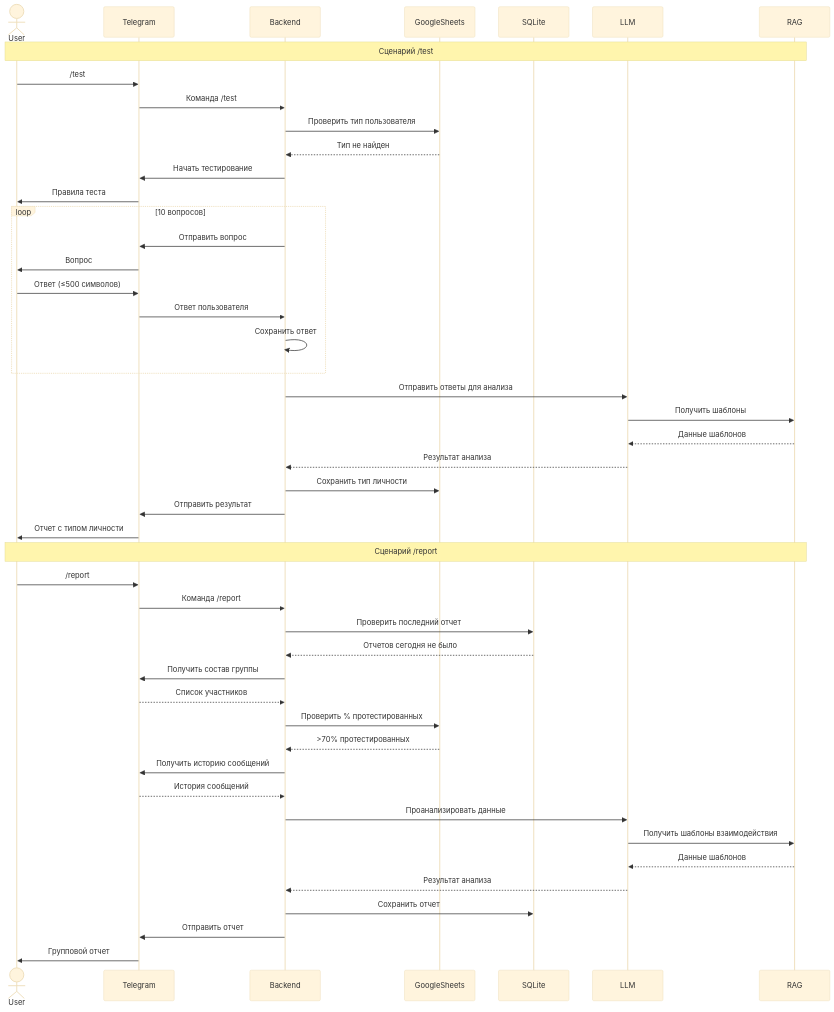
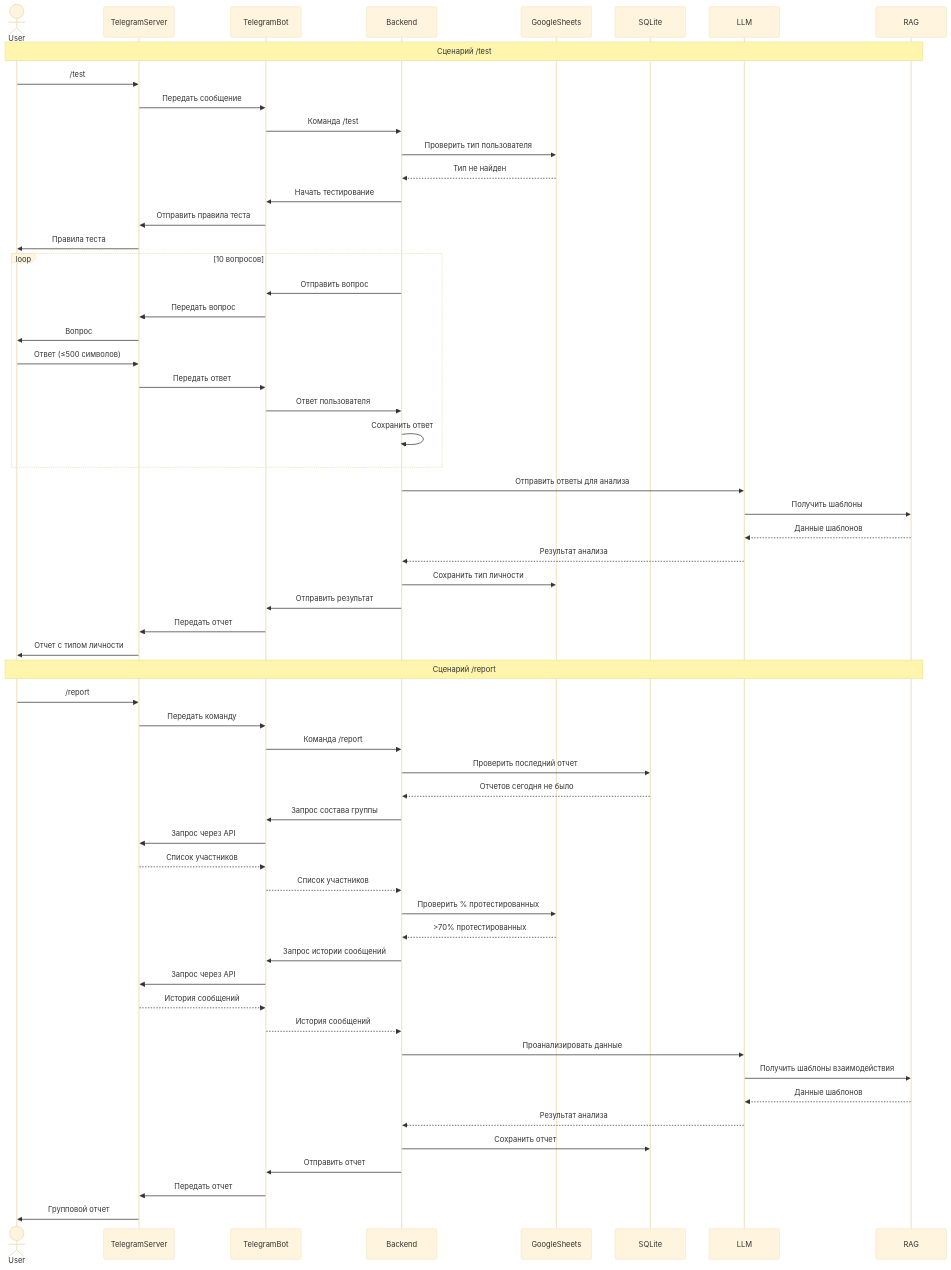
Before and after one commit to patolog123/Analyst-3.0: the diagram in Тамара_Макарова/Sequence.md, drawn with Mermaid (base theme).

````diff
--- a/Тамара_Макарова/Sequence.md
+++ b/Тамара_Макарова/Sequence.md
@@ -1,53 +1,66 @@
 ```mermaid
 sequenceDiagram
     actor User
-    participant Telegram
+    participant TelegramServer
+    participant TelegramBot
     participant Backend
     participant GoogleSheets
     participant SQLite
     participant LLM
     participant RAG
 
-    Note over User, RAG: Сценарий /test
-    User->>Telegram: /test
-    Telegram->>Backend: Команда /test
+    Note over User, RAG: Cценарий /test
+    User->>TelegramServer: /test
+    TelegramServer->>TelegramBot: Передать сообщение
+    TelegramBot->>Backend: Команда /test
     Backend->>GoogleSheets: Проверить тип пользователя
     GoogleSheets-->>Backend: Тип не найден
-    Backend->>Telegram: Начать тестирование
-    Telegram->>User: Правила теста
+    Backend->>TelegramBot: Начать тестирование
+    TelegramBot->>TelegramServer: Отправить правила теста
+    TelegramServer->>User: Правила теста
     
     loop 10 вопросов
-        Backend->>Telegram: Отправить вопрос
-        Telegram->>User: Вопрос
-        User->>Telegram: Ответ (≤500 символов)
-        Telegram->>Backend: Ответ пользователя
+        Backend->>TelegramBot: Отправить вопрос
+        TelegramBot->>TelegramServer: Передать вопрос
+        TelegramServer->>User: Вопрос
+        User->>TelegramServer: Ответ (≤500 символов)
+        TelegramServer->>TelegramBot: Передать ответ
+        TelegramBot->>Backend: Ответ пользователя
         Backend->>Backend: Сохранить ответ
     end
     
     Backend->>LLM: Отправить ответы для анализа
     LLM->>RAG: Получить шаблоны
     RAG-->>LLM: Данные шаблонов
     LLM-->>Backend: Результат анализа
     Backend->>GoogleSheets: Сохранить тип личности
-    Backend->>Telegram: Отправить результат
-    Telegram->>User: Отчет с типом личности
+    Backend->>TelegramBot: Отправить результат
+    TelegramBot->>TelegramServer: Передать отчет
+    TelegramServer->>User: Отчет с типом личности
 
-    Note over User, RAG: Сценарий /report
-    User->>Telegram: /report
-    Telegram->>Backend: Команда /report
+    Note over User, RAG: Cценарий /report
+    User->>TelegramServer: /report
+    TelegramServer->>TelegramBot: Передать команду
+    TelegramBot->>Backend: Команда /report
     Backend->>SQLite: Проверить последний отчет
     SQLite-->>Backend: Отчетов сегодня не было
-    Backend->>Telegram: Получить состав группы
-    Telegram-->>Backend: Список участников
+    Backend->>TelegramBot: Запрос состава группы
+    TelegramBot->>TelegramServer: Запрос через API
+    TelegramServer-->>TelegramBot: Список участников
+    TelegramBot-->>Backend: Список участников
     Backend->>GoogleSheets: Проверить % протестированных
     GoogleSheets-->>Backend: >70% протестированных
-    Backend->>Telegram: Получить историю сообщений 
-    Telegram-->>Backend: История сообщений
+    Backend->>TelegramBot: Запрос истории сообщений
+    TelegramBot->>TelegramServer: Запрос через API
+    TelegramServer-->>TelegramBot: История сообщений
+    TelegramBot-->>Backend: История сообщений
     Backend->>LLM: Проанализировать данные
     LLM->>RAG: Получить шаблоны взаимодействия
     RAG-->>LLM: Данные шаблонов
     LLM-->>Backend: Результат анализа
     Backend->>SQLite: Сохранить отчет
-    Backend->>Telegram: Отправить отчет
-    Telegram->>User: Групповой отчет
+    Backend->>TelegramBot: Отправить отчет
+    TelegramBot->>TelegramServer: Передать отчет
+    TelegramServer->>User: Групповой отчет
+
 ```
````
